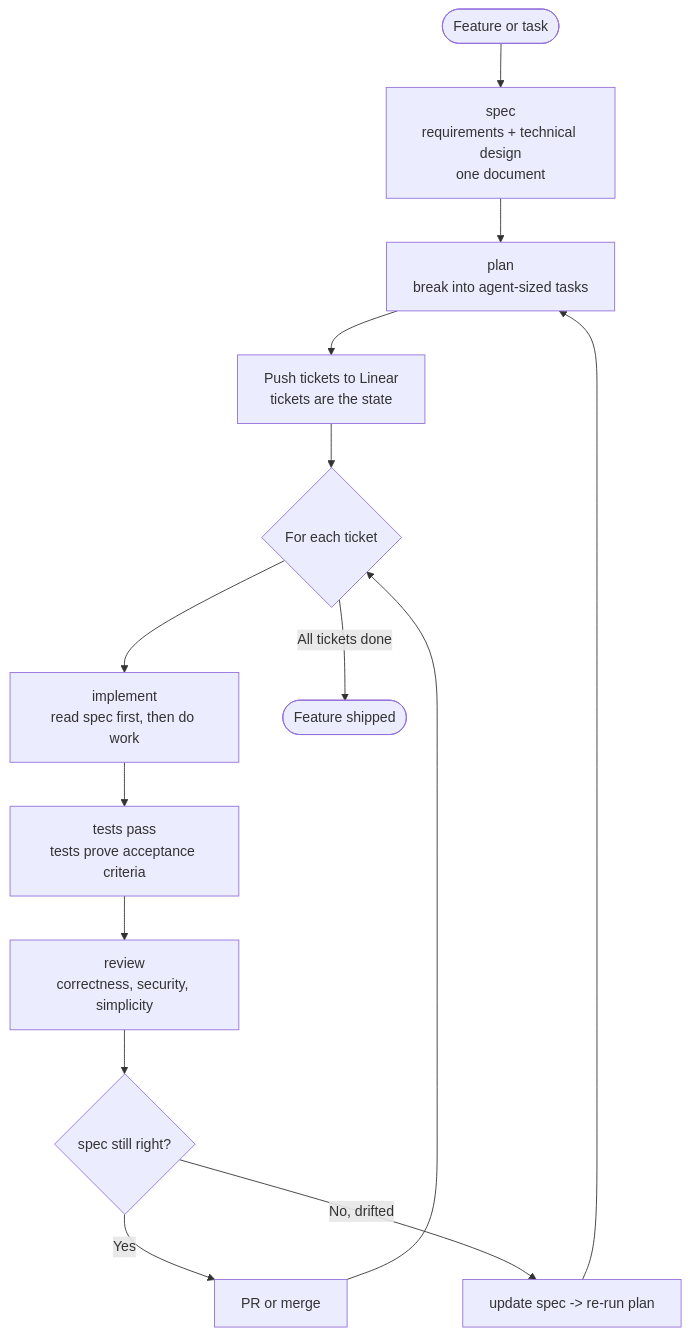
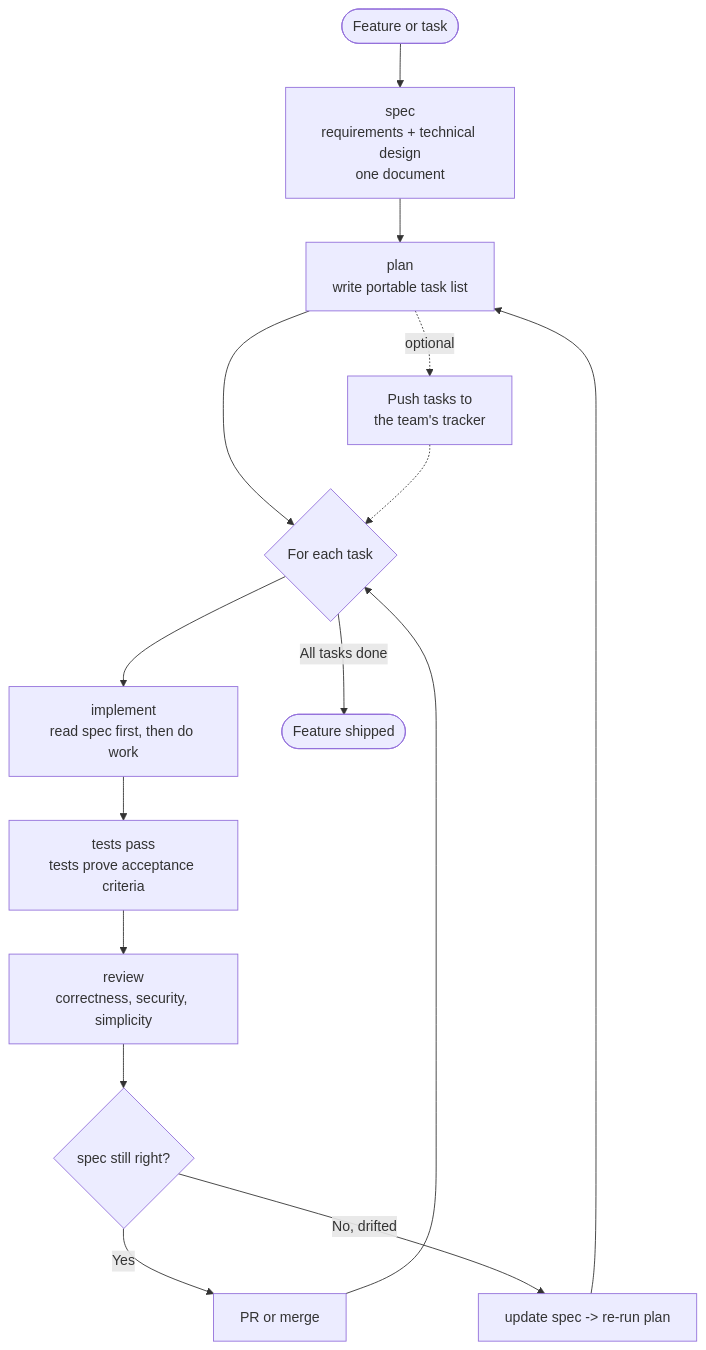
The diagram in README.md (owainlewis/blueprint), drawn with Mermaid before and after one commit. The commit also changed other lines of this file and 5 other files, not shown here.

Commit message:
docs: make task destination portable

````diff
--- a/README.md
+++ b/README.md
@@ -29,16 +29,17 @@
 ```mermaid
 flowchart TD
     Start([Feature or task]) --> Spec[spec<br/>requirements + technical design<br/>one document]
-    Spec --> Plan[plan<br/>break into agent-sized tasks]
-    Plan --> Linear[Push tickets to Linear<br/>tickets are the state]
-    Linear --> Loop{For each ticket}
+    Spec --> Plan[plan<br/>write portable task list]
+    Plan --> Loop{For each task}
+    Plan -. optional .-> Destination[Push tasks to<br/>the team's tracker]
+    Destination -.-> Loop
     Loop --> Implement[implement<br/>read spec first, then do work]
     Implement --> Tests[tests pass<br/>tests prove acceptance criteria]
     Tests --> Review[review<br/>correctness, security, simplicity]
     Review --> Decision{spec still right?}
     Decision -->|Yes| Ship[PR or merge]
     Decision -->|No, drifted| Respec[update spec -> re-run plan]
     Respec --> Plan
     Ship --> Loop
-    Loop -->|All tickets done| Done([Feature shipped])
+    Loop -->|All tasks done| Done([Feature shipped])
 ```
````
